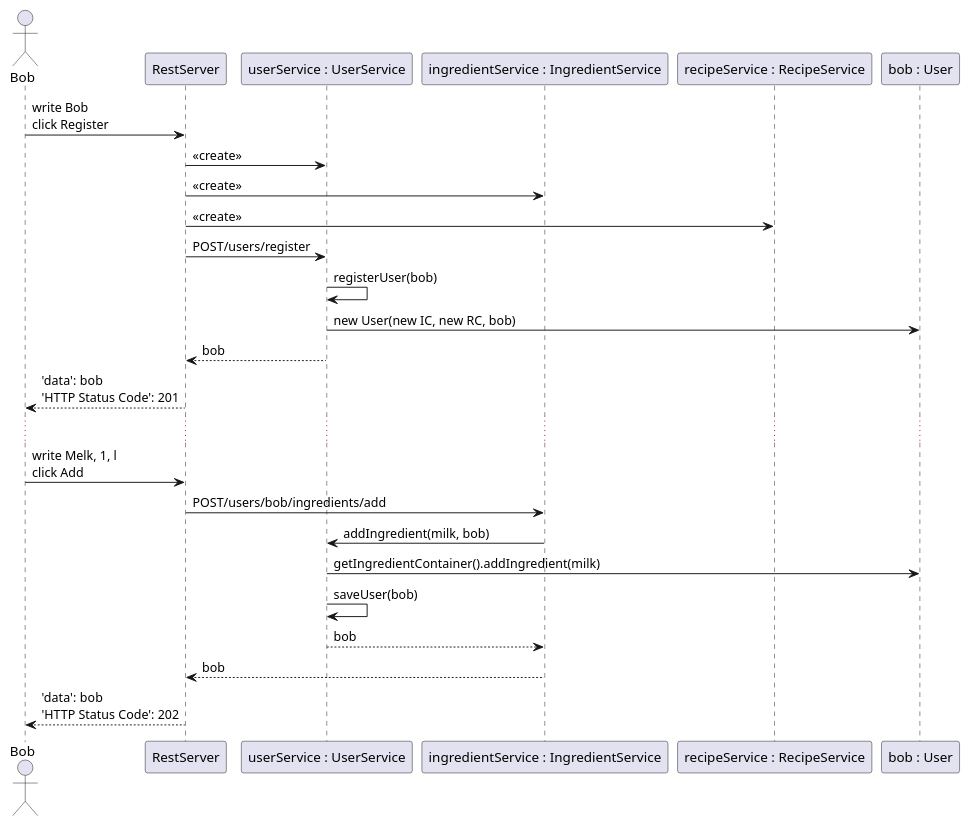
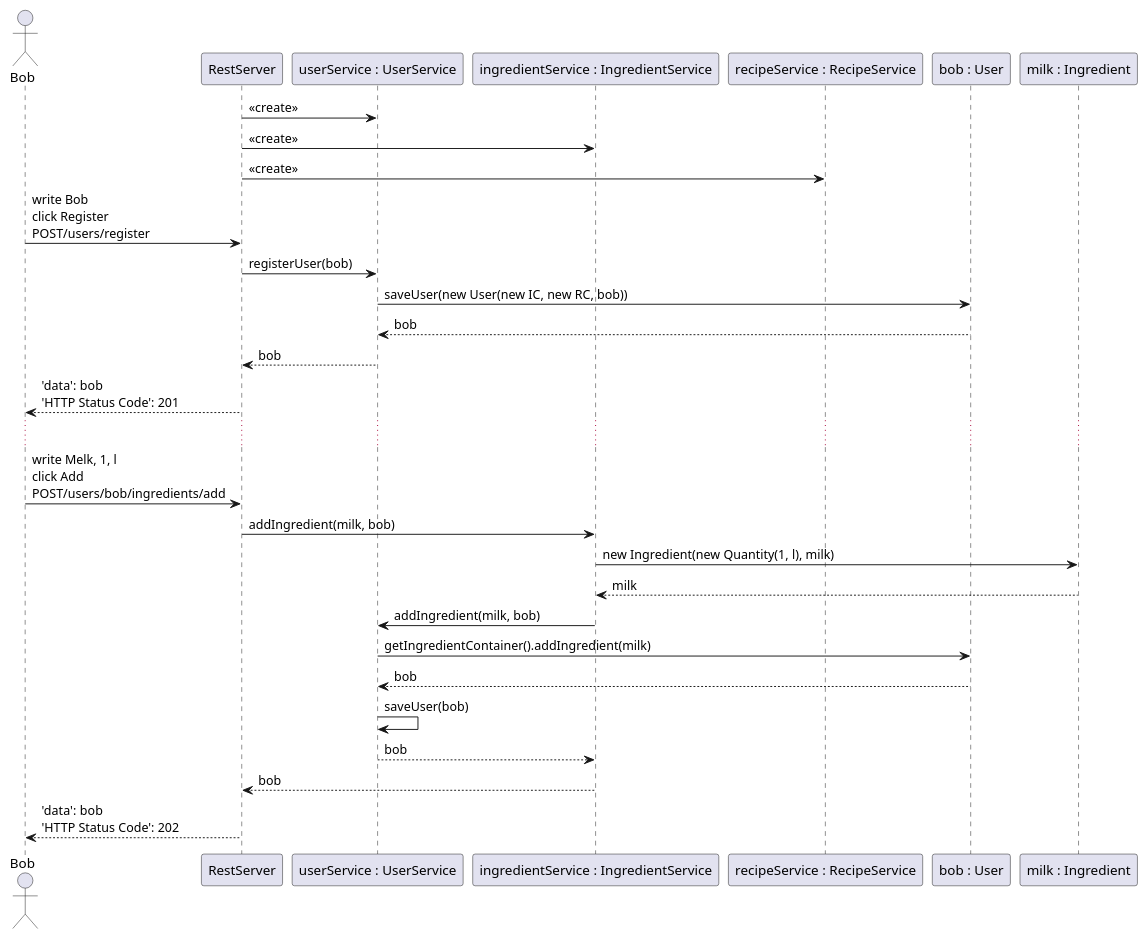
Before and after one commit to joonerik/dinnerium: the diagram in documentation/diagrams/sequence_diagram2.puml, drawn with PlantUML.

Commit message:
rework sequence diagram

```diff
--- a/documentation/diagrams/sequence_diagram2.puml
+++ b/documentation/diagrams/sequence_diagram2.puml
@@ -1,21 +1,24 @@
 @startuml sequence_diagram
 actor Bob
-Bob -> RestServer: write Bob\nclick Register
 RestServer -> "userService : UserService": << create >>
 RestServer -> "ingredientService : IngredientService": << create >>
 RestServer -> "recipeService : RecipeService": << create >>
-RestServer -> "userService : UserService": POST/users/register
-"userService : UserService" -> "userService : UserService": registerUser(bob)
-"userService : UserService" -> "bob : User": new User(new IC, new RC, bob)
+Bob -> RestServer: write Bob\nclick Register\nPOST/users/register
+RestServer -> "userService : UserService": registerUser(bob)
+"userService : UserService" -> "bob : User": saveUser(new User(new IC, new RC, bob))
+"bob : User" --> "userService : UserService": bob
 "userService : UserService" --> RestServer: bob
 RestServer --> Bob: 'data': bob\n'HTTP Status Code': 201
 ...
-Bob -> RestServer: write Melk, 1, l\nclick Add
-RestServer -> "ingredientService : IngredientService": POST/users/bob/ingredients/add
+Bob -> RestServer: write Melk, 1, l\nclick Add\nPOST/users/bob/ingredients/add
+RestServer -> "ingredientService : IngredientService": addIngredient(milk, bob)
+"ingredientService : IngredientService" -> "milk : Ingredient": new Ingredient(new Quantity(1, l), milk)
+"milk : Ingredient" --> "ingredientService : IngredientService": milk
 "ingredientService : IngredientService" -> "userService : UserService": addIngredient(milk, bob) 
 "userService : UserService" -> "bob : User": getIngredientContainer().addIngredient(milk)
+"bob : User" --> "userService : UserService": bob
 "userService : UserService" -> "userService : UserService": saveUser(bob)
 "ingredientService : IngredientService" <-- "userService : UserService": bob
 "ingredientService : IngredientService" --> RestServer: bob
 RestServer --> Bob: 'data': bob\n'HTTP Status Code': 202
 @enduml
```
